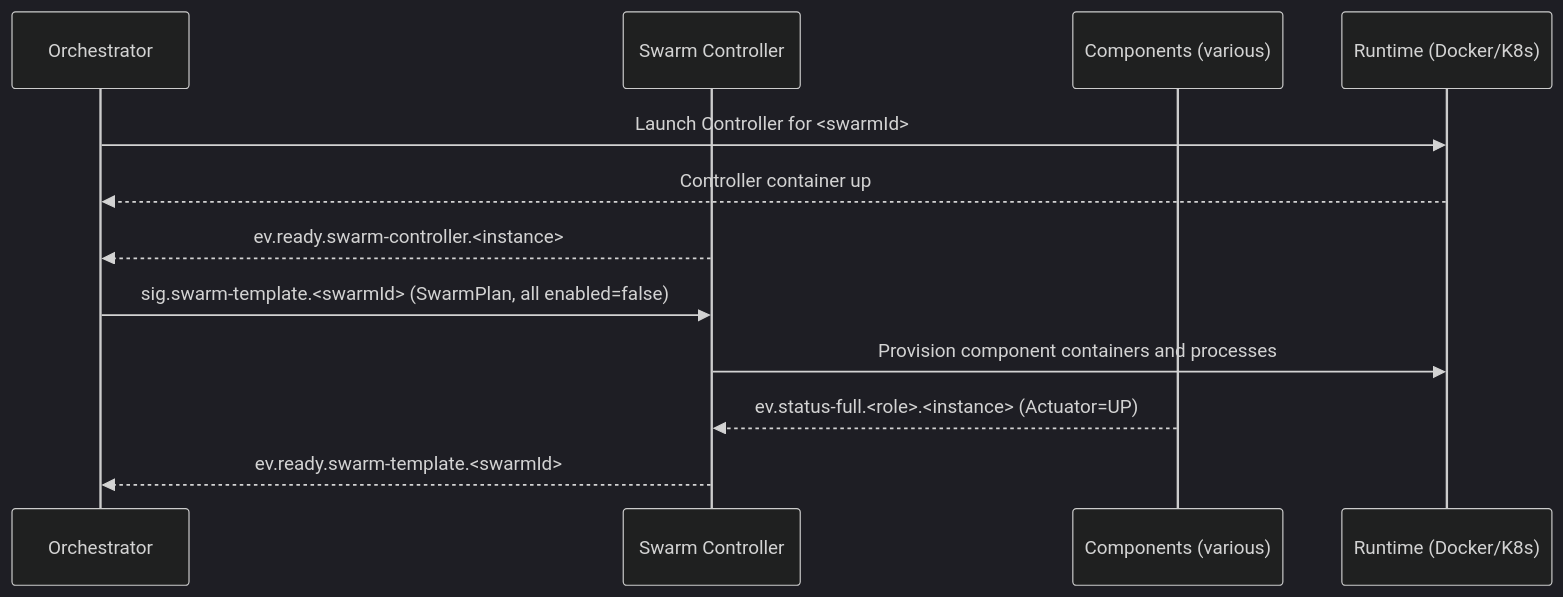
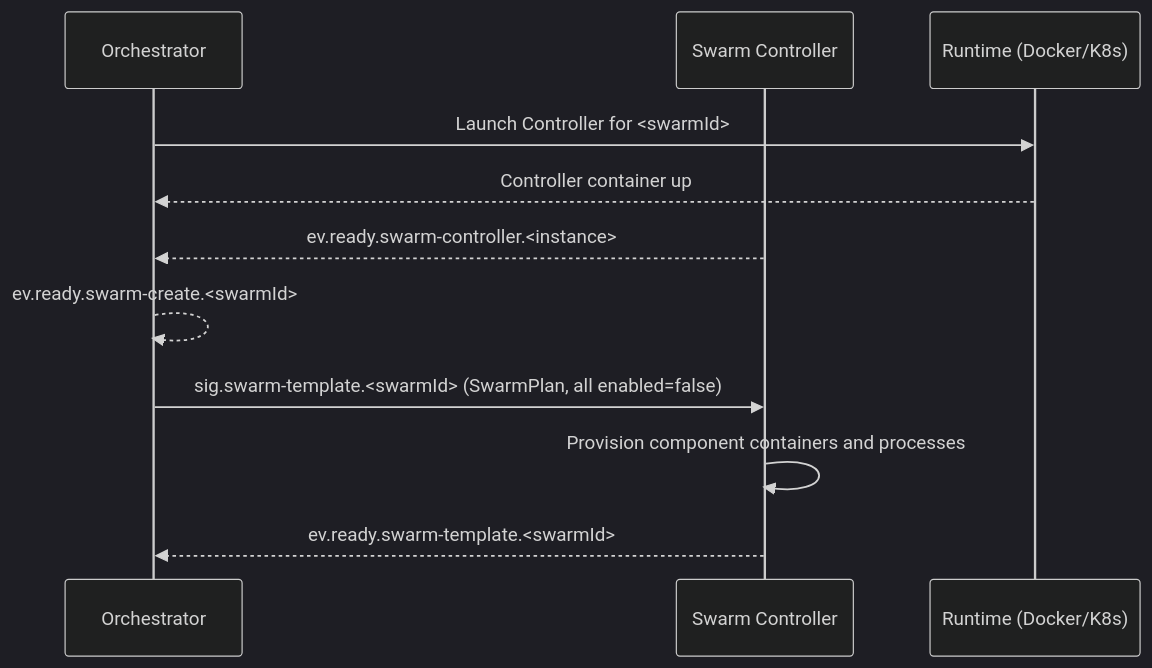
Before and after one commit to sepa79/PocketHive: the first of 6 diagrams in docs/ARCHITECTURE.md, drawn with Mermaid (dark theme). The commit also changed other lines of this file and 5 other files, not shown here.

````diff
--- a/docs/ARCHITECTURE.md
+++ b/docs/ARCHITECTURE.md
@@ -143,16 +138,15 @@
 ```mermaid
 sequenceDiagram
   participant QN as Orchestrator
   participant MSH as Swarm Controller
-  participant CMP as Components (various)
   participant RT as Runtime (Docker/K8s)
 
   QN->>RT: Launch Controller for <swarmId>
   RT-->>QN: Controller container up
   MSH-->>QN: ev.ready.swarm-controller.<instance>
+  QN-->>QN: ev.ready.swarm-create.<swarmId>
 
   QN->>MSH: sig.swarm-template.<swarmId> (SwarmPlan, all enabled=false)
-  MSH->>RT: Provision component containers and processes
-  CMP-->>MSH: ev.status-full.<role>.<instance> (Actuator=UP)
+  MSH->>MSH: Provision component containers and processes
   MSH-->>QN: ev.ready.swarm-template.<swarmId>
 ```
````
